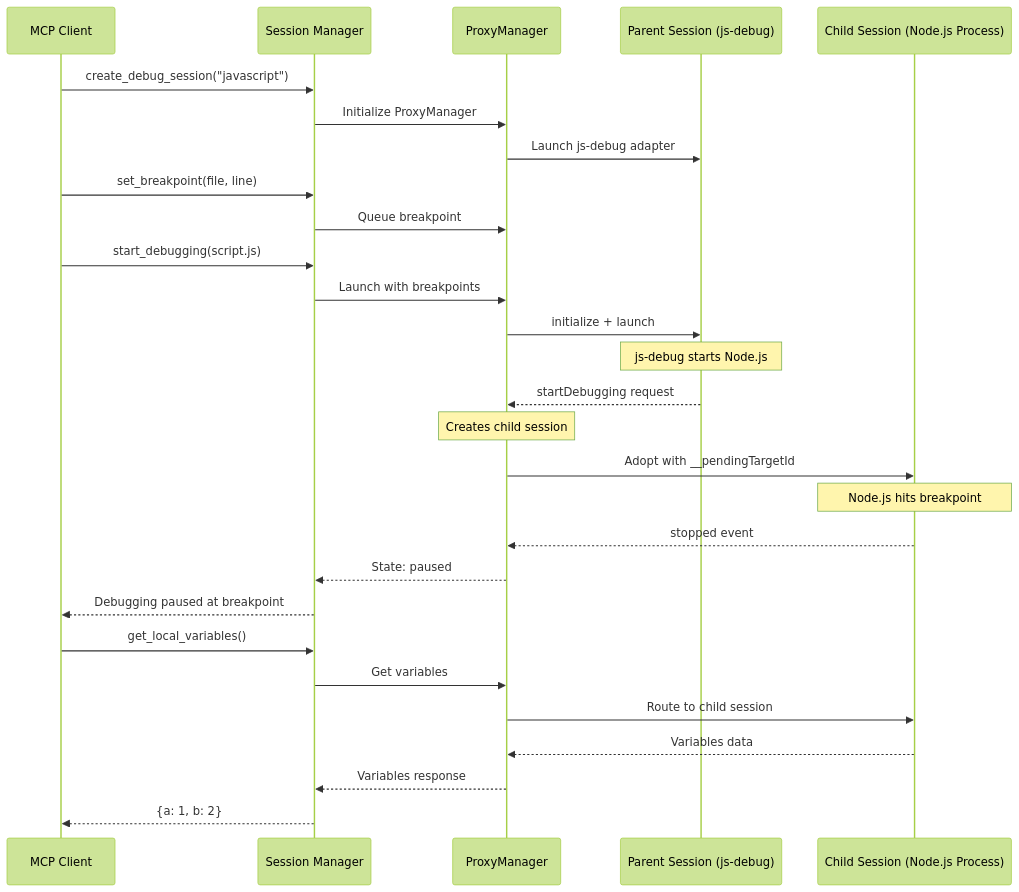
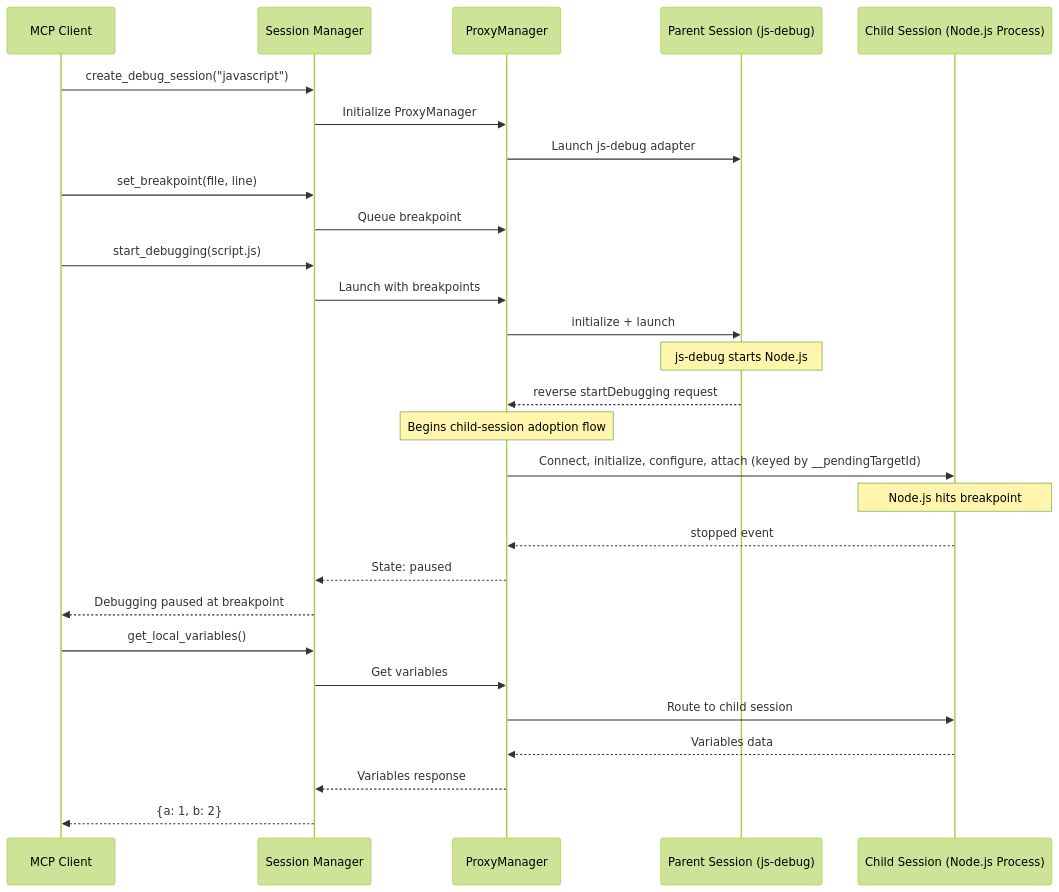
The diagram in docs/javascript/architecture-diagram.md (debugmcp/mcp-debugger), drawn with Mermaid (forest theme) before and after one commit. The commit also changed other lines of this file and 107 other files, not shown here.

````diff
--- a/docs/javascript/architecture-diagram.md
+++ b/docs/javascript/architecture-diagram.md
@@ -5,36 +5,36 @@
 ```mermaid
 sequenceDiagram
     participant Client as MCP Client
     participant SM as Session Manager
     participant PM as ProxyManager
     participant Parent as Parent Session (js-debug)
     participant Child as Child Session (Node.js Process)
     
     Client->>SM: create_debug_session("javascript")
     SM->>PM: Initialize ProxyManager
     PM->>Parent: Launch js-debug adapter
     
     Client->>SM: set_breakpoint(file, line)
     SM->>PM: Queue breakpoint
     
     Client->>SM: start_debugging(script.js)
     SM->>PM: Launch with breakpoints
     PM->>Parent: initialize + launch
     
     Note over Parent: js-debug starts Node.js
-    Parent-->>PM: startDebugging request
-    Note over PM: Creates child session
-    PM->>Child: Adopt with __pendingTargetId
+    Parent-->>PM: reverse startDebugging request
+    Note over PM: Begins child-session adoption flow
+    PM->>Child: Connect, initialize, configure, attach (keyed by __pendingTargetId)
     
     Note over Child: Node.js hits breakpoint
     Child-->>PM: stopped event
     PM-->>SM: State: paused
     SM-->>Client: Debugging paused at breakpoint
     
     Client->>SM: get_local_variables()
     SM->>PM: Get variables
     PM->>Child: Route to child session
     Child-->>PM: Variables data
     PM-->>SM: Variables response
     SM-->>Client: {a: 1, b: 2}
 ```
````
